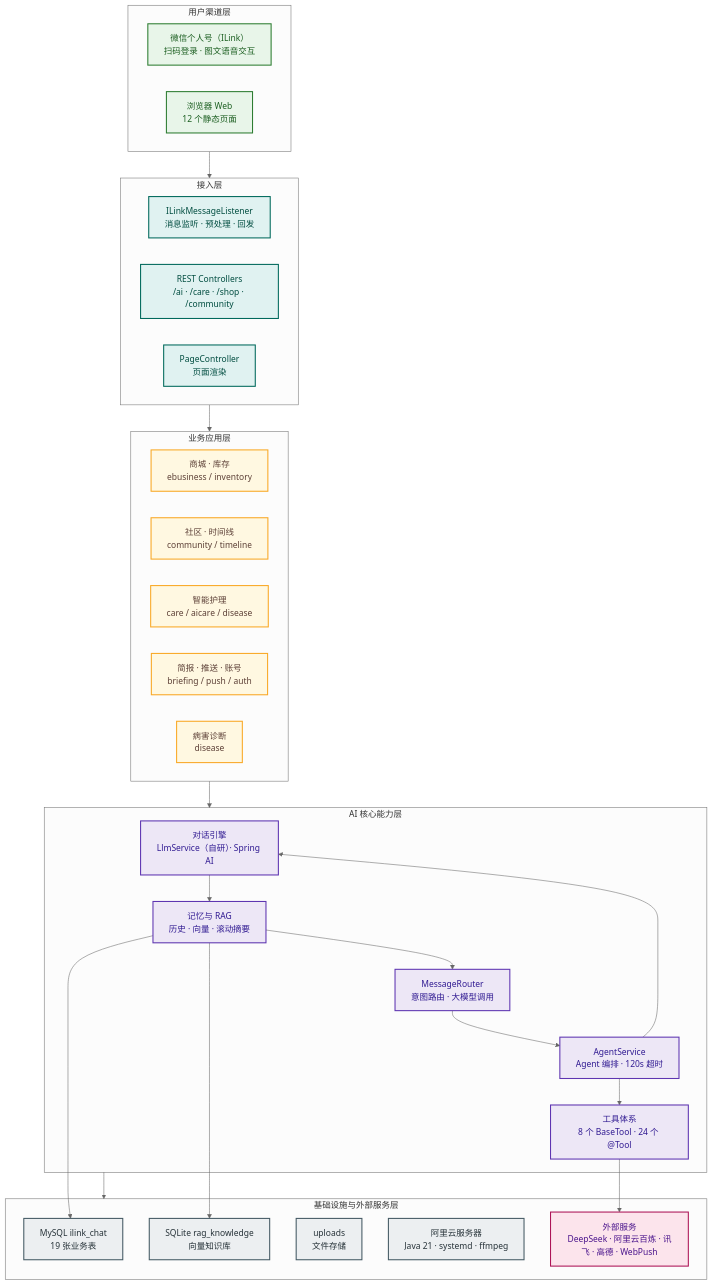
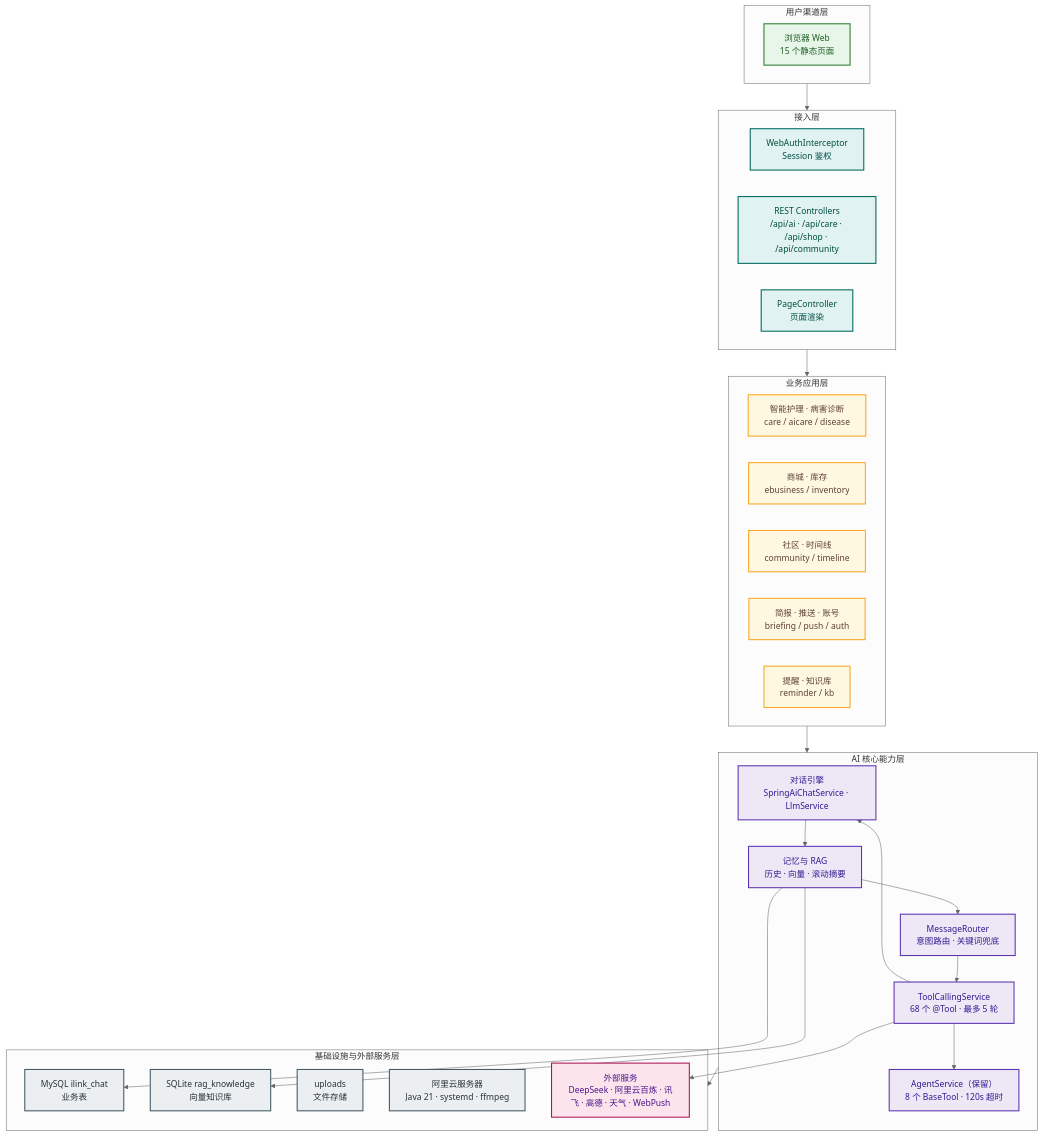
Before and after one commit to 8750shuangyue/WECHATILINK: the diagram in 落地文档/架构图-纵向架构.md, drawn with Mermaid (neutral theme). The commit also changed other lines of this file and 14 other files, not shown here.

Commit message:
docs: update 落地文档 to Web-only architecture (remove WeChat, 68 tools, auth design, new diagrams)

````diff
--- a/落地文档/架构图-纵向架构.md
+++ b/落地文档/架构图-纵向架构.md
@@ -3,64 +3,63 @@
 ```mermaid
 flowchart TB
     classDef user fill:#e8f5e9,stroke:#2e7d32,stroke-width:2px,color:#1b5e20
     classDef gate fill:#e0f2f1,stroke:#00695c,stroke-width:2px,color:#004d40
     classDef biz  fill:#fff8e1,stroke:#f9a825,stroke-width:2px,color:#5d4037
     classDef ai   fill:#ede7f6,stroke:#5e35b1,stroke-width:2px,color:#311b92
     classDef ext  fill:#fce4ec,stroke:#ad1457,stroke-width:2px,color:#4a148c
     classDef inf  fill:#eceff1,stroke:#455a64,stroke-width:2px,color:#263238
 
     subgraph L1["用户渠道层"]
-        WX["微信个人号（ILink）<br/>扫码登录 · 图文语音交互"]
-        WEB["浏览器 Web<br/>12 个静态页面"]
+        WEB["浏览器 Web<br/>15 个静态页面"]
     end
 
     subgraph L2["接入层"]
-        G1["ILinkMessageListener<br/>消息监听 · 预处理 · 回发"]
-        G2["REST Controllers<br/>/ai · /care · /shop · /community"]
+        G1["WebAuthInterceptor<br/>Session 鉴权"]
+        G2["REST Controllers<br/>/api/ai · /api/care · /api/shop · /api/community"]
         G3["PageController<br/>页面渲染"]
     end
 
     subgraph L3["业务应用层"]
-        B1["商城 · 库存<br/>ebusiness / inventory"]
-        B2["社区 · 时间线<br/>community / timeline"]
-        B3["智能护理<br/>care / aicare / disease"]
+        B1["智能护理 · 病害诊断<br/>care / aicare / disease"]
+        B2["商城 · 库存<br/>ebusiness / inventory"]
+        B3["社区 · 时间线<br/>community / timeline"]
         B4["简报 · 推送 · 账号<br/>briefing / push / auth"]
-        B5["病害诊断<br/>disease"]
+        B5["提醒 · 知识库<br/>reminder / kb"]
     end
 
     subgraph L4["AI 核心能力层"]
-        A1["对话引擎<br/>LlmService（自研）· Spring AI"]
-        A2["MessageRouter<br/>意图路由 · 大模型调用"]
-        A3["AgentService<br/>Agent 编排 · 120s 超时"]
-        A4["记忆与 RAG<br/>历史 · 向量 · 滚动摘要"]
-        A5["工具体系<br/>8 个 BaseTool · 24 个 @Tool"]
+        A1["对话引擎<br/>SpringAiChatService · LlmService"]
+        A2["MessageRouter<br/>意图路由 · 关键词兜底"]
+        A3["ToolCallingService<br/>68 个 @Tool · 最多 5 轮"]
+        A4["AgentService（保留）<br/>8 个 BaseTool · 120s 超时"]
+        A5["记忆与 RAG<br/>历史 · 向量 · 滚动摘要"]
     end
 
     subgraph L5["基础设施与外部服务层"]
-        I1["MySQL ilink_chat<br/>19 张业务表"]
+        I1["MySQL ilink_chat<br/>业务表"]
         I2["SQLite rag_knowledge<br/>向量知识库"]
         I3["uploads<br/>文件存储"]
         I4["阿里云服务器<br/>Java 21 · systemd · ffmpeg"]
-        E1["外部服务<br/>DeepSeek · 阿里云百炼 · 讯飞 · 高德 · WebPush"]
+        E1["外部服务<br/>DeepSeek · 阿里云百炼 · 讯飞 · 高德 · 天气 · WebPush"]
     end
 
     L1 --> L2
     L2 --> L3
     L3 --> L4
     L4 --> L5
-    A1 --> A4
+    A1 --> A5
     A2 --> A3
     A3 --> A1
-    A3 --> A5
-    A4 --> A2
-    A5 --> E1
-    A4 --> I1
-    A4 --> I2
+    A3 --> A4
+    A5 --> A2
+    A3 --> E1
+    A5 --> I1
+    A5 --> I2
 
-    class WX,WEB user
+    class WEB user
     class G1,G2,G3 gate
     class B1,B2,B3,B4,B5 biz
     class A1,A2,A3,A4,A5 ai
     class E1 ext
     class I1,I2,I3,I4 inf
 ```
````
